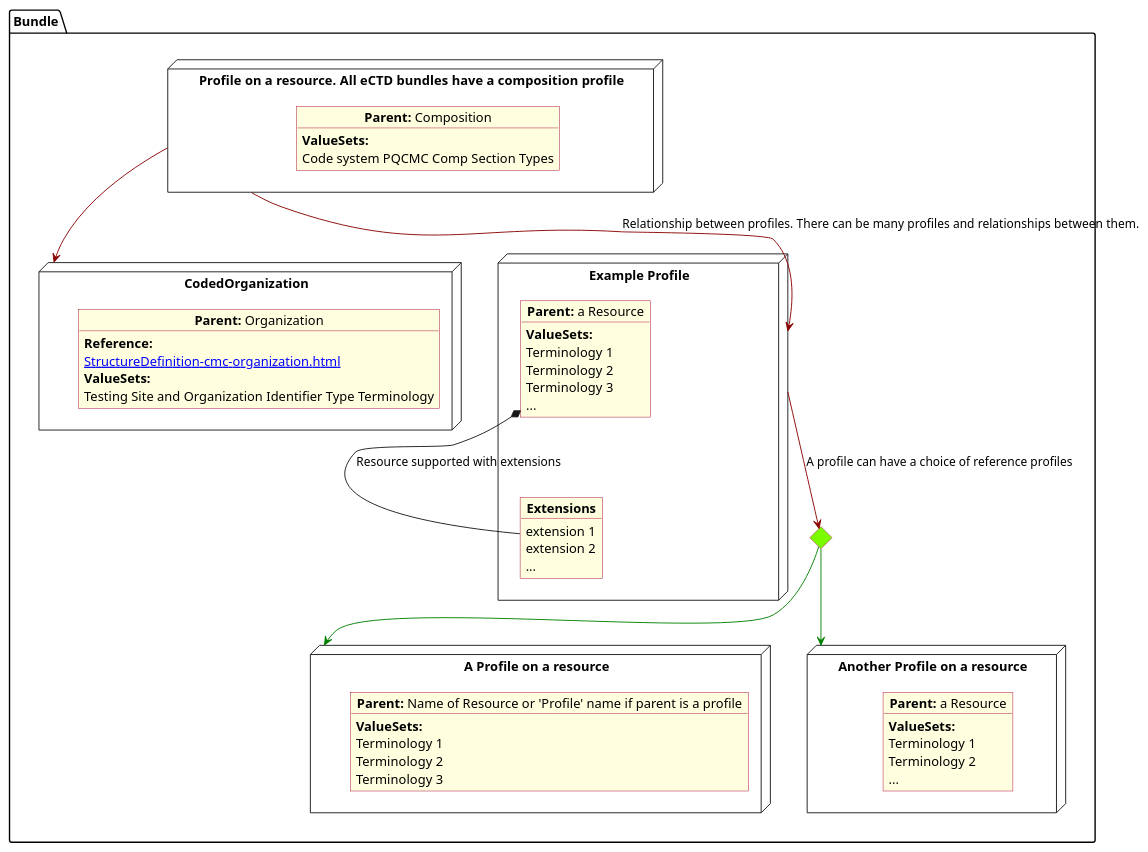
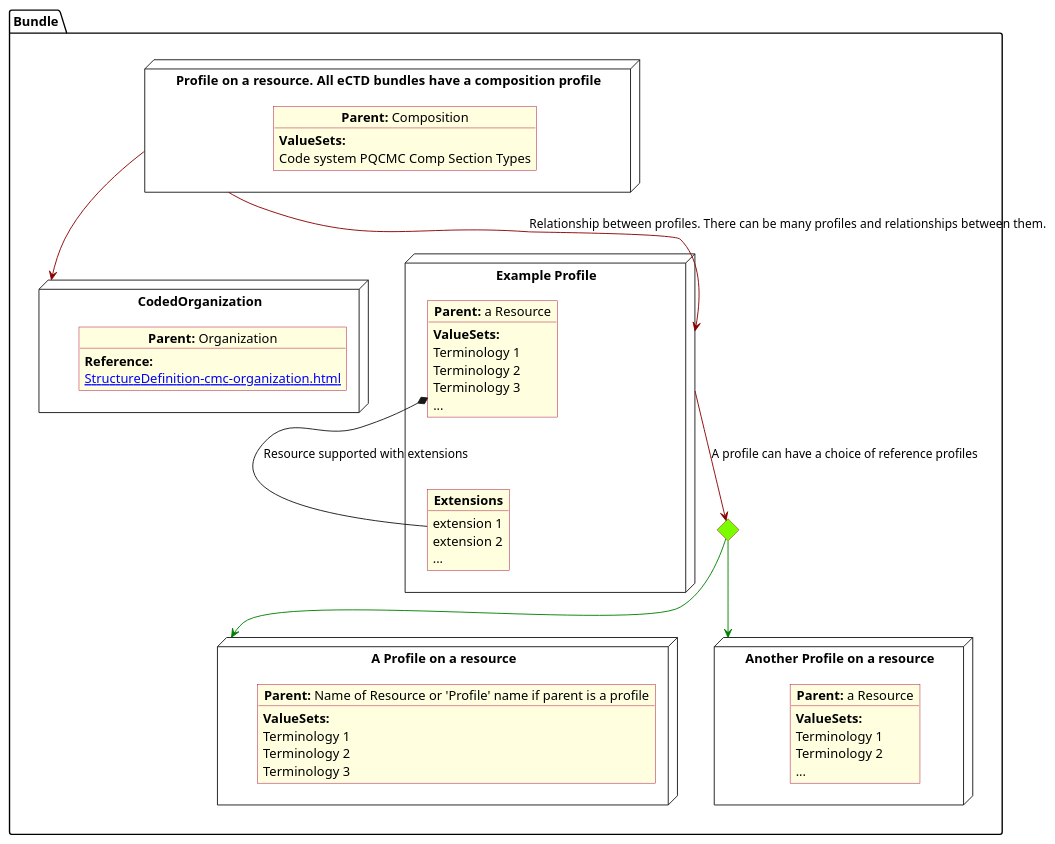
One commit to HL7/FHIR-us-pq-cmc-fda changed the diagram in input/images-source/legend.plantuml. Above: the diagram before and after it, drawn with PlantUML. The commit also changed 17 other files, not shown here.

```diff
--- a/input/images-source/legend.plantuml
+++ b/input/images-source/legend.plantuml
@@ -1,76 +1,74 @@
 @startuml legend
 allowmixing
 'Mixed model of use case and object
 skinparam svgDimensionStyle false
 skinparam ObjectBackgroundColor LightYellow
 skinparam ObjectBorderColor #A80036
 skinparam activityDiamondBorderColor #A80036
 skinparam activityDiamondBackgroundColor lawnGreen
 skinparam ClassBorderThickness 4
 
 package "Bundle" as NODES {
   node "A Profile on a resource" as Nameprofile {
     object "**Parent:** Name of Resource or 'Profile' name if parent is a profile" as objcs {
       **ValueSets:**
       Terminology 1
       Terminology 2
       Terminology 3
     }
   }
 
   node "CodedOrganization" as NSO {
 
     object "**Parent:** Organization" as objAu {
       **Reference:**
       [[StructureDefinition-cmc-organization.html]]
-      **ValueSets:**
-      Testing Site and Organization Identifier Type Terminology
     }
   }
   
   diamond CH
 
   node "Example Profile" as NN {
 
     object "**Parent:** a Resource" as obj3 {
       **ValueSets:**
       Terminology 1
       Terminology 2
       Terminology 3
       ...
     }
     object "**Extensions**" as objExs {
       extension 1
       extension 2
       ...
     }
     obj3 *-- objExs : Resource supported with extensions
 
   }
 
   node "Profile on a resource.  All eCTD bundles have a composition profile" as N1 {
 
     object "**Parent:** Composition" as obj1 {
       **ValueSets:**
       Code system PQCMC Comp Section Types
     }
 
   }
 
   node "Another Profile on a resource" as NN3 {
 
     object "**Parent:** a Resource" as obj33 {
       **ValueSets:**
       Terminology 1
       Terminology 2
       ...
     }
   }
 
   N1 -[#darkred]-> NSO
   NN -[#darkred]-> CH : A profile can have a choice of reference profiles
   CH -[#green]-> Nameprofile
   CH -[#green]-> NN3
   N1 -[#darkred]-> NN :  Relationship between profiles.  There can be many profiles and relationships between them.
 }
 @enduml
```
